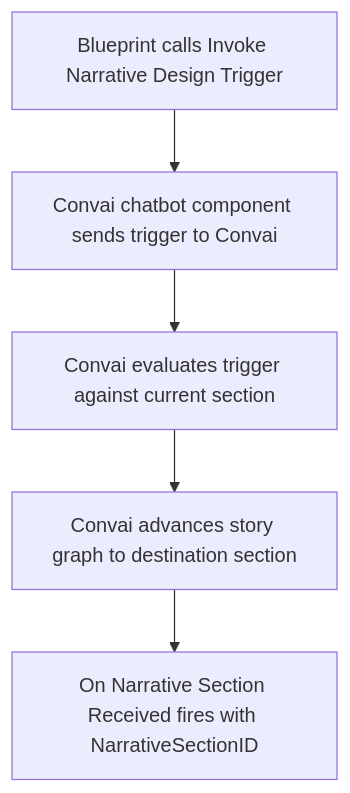
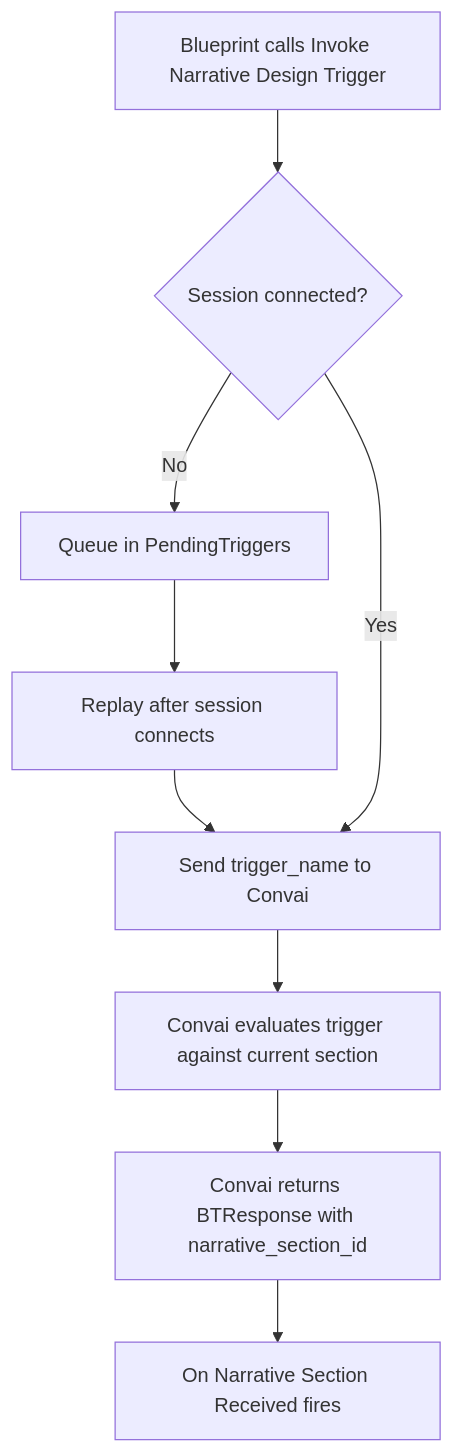
One commit to Conv-AI/Convai-Documentation changed the diagram in plugins-and-integrations/convai-unreal-engine-plugin/features/narrative-design/how-narrative-design-works.md. Above: the diagram before and after it, drawn with Mermaid. The commit also changed other lines of this file and 9 other files, not shown here.

First line of the commit message:
docs(unreal/narrative-design): fix verify and review findings

````diff
--- a/plugins-and-integrations/convai-unreal-engine-plugin/features/narrative-design/how-narrative-design-works.md
+++ b/plugins-and-integrations/convai-unreal-engine-plugin/features/narrative-design/how-narrative-design-works.md
@@ -33,7 +33,11 @@
 ```mermaid
 graph TD
-    A["Blueprint calls Invoke Narrative Design Trigger"] --> B["Convai chatbot component sends trigger to Convai"]
-    B --> C["Convai evaluates trigger against current section"]
-    C --> D["Convai advances story graph to destination section"]
-    D --> E["On Narrative Section Received fires with NarrativeSectionID"]
+    A["Blueprint calls Invoke Narrative Design Trigger"] --> B{"Session connected?"}
+    B -->|No| C["Queue in PendingTriggers"]
+    C --> D["Replay after session connects"]
+    D --> E["Send trigger_name to Convai"]
+    B -->|Yes| E
+    E --> F["Convai evaluates trigger against current section"]
+    F --> G["Convai returns BTResponse with narrative_section_id"]
+    G --> H["On Narrative Section Received fires"]
 ```
````
